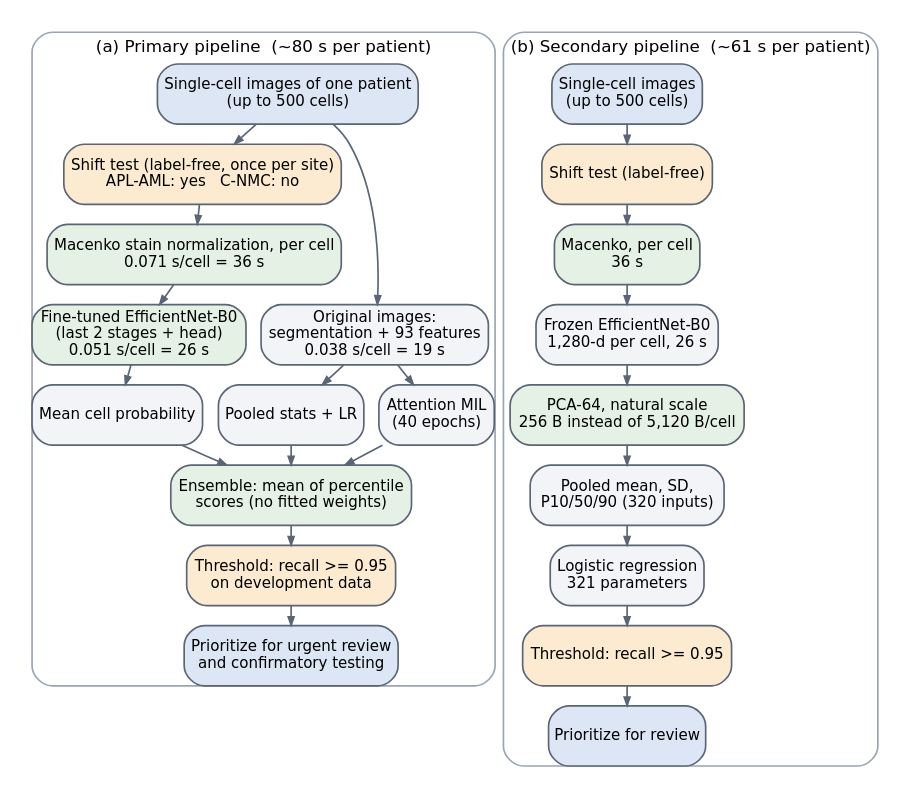
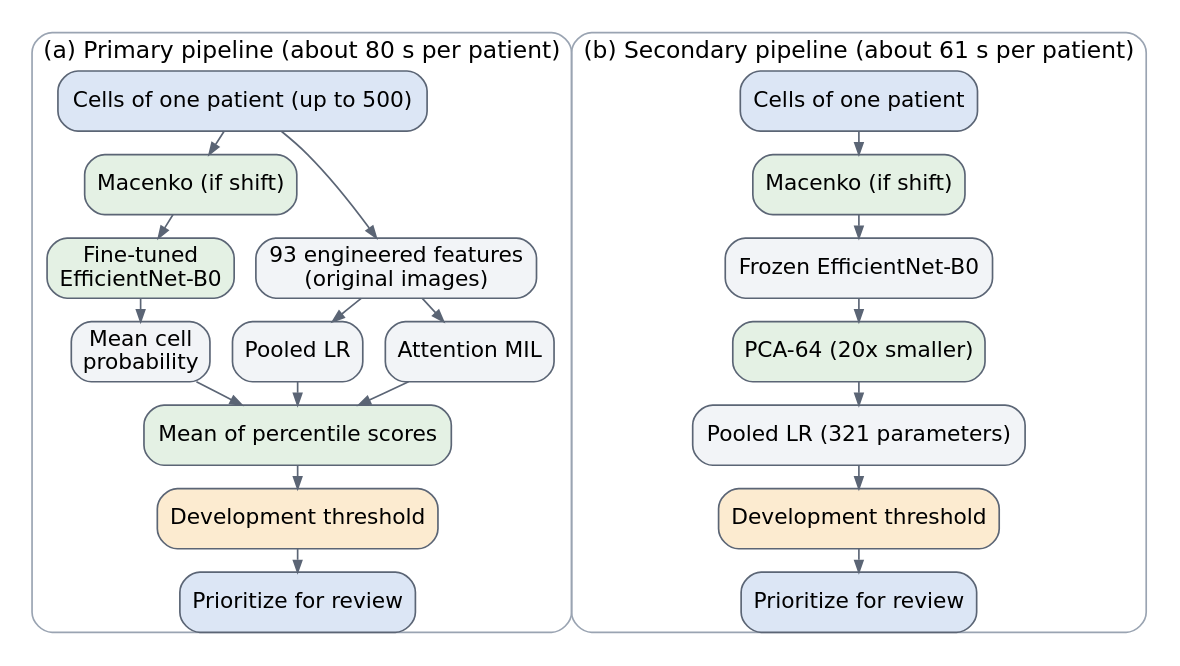
Before and after one commit to Sherif-Hussein/leukemia-leakage-benchmark: the diagram in manuscript/figures/fig_pipelines.dot, drawn with Graphviz. The commit also changed 31 other files, not shown here.

```diff
--- a/manuscript/figures/fig_pipelines.dot
+++ b/manuscript/figures/fig_pipelines.dot
@@ -1,33 +1,28 @@
 digraph P {
-  graph [rankdir=TB, fontname="DejaVu Sans", fontsize=9, nodesep=0.12, ranksep=0.16, margin=0.02, newrank=true];
-  node  [shape=box, style="rounded,filled", fillcolor="#F2F4F7", color="#5B6575", fontname="DejaVu Sans", fontsize=9, margin="0.06,0.03"];
-  edge  [color="#5B6575", arrowsize=0.5];
-  subgraph cluster_p { label="(a) Primary pipeline  (~80 s per patient)"; fontsize=10; style="rounded"; color="#9AA4B2";
-    in   [label="Single-cell images of one patient\n(up to 500 cells)", fillcolor="#DCE6F5"];
-    shift[label="Shift test (label-free, once per site)\nAPL-AML: yes   C-NMC: no", fillcolor="#FCEBD0"];
-    mac  [label="Macenko stain normalization, per cell\n0.071 s/cell = 36 s", fillcolor="#E4F1E4"];
-    ft   [label="Fine-tuned EfficientNet-B0\n(last 2 stages + head)\n0.051 s/cell = 26 s", fillcolor="#E4F1E4"];
-    mp   [label="Mean cell probability"];
-    seg  [label="Original images:\nsegmentation + 93 features\n0.038 s/cell = 19 s"];
-    pool [label="Pooled stats + LR"];
-    mil  [label="Attention MIL\n(40 epochs)"];
-    ens  [label="Ensemble: mean of percentile\nscores (no fitted weights)", fillcolor="#E4F1E4"];
-    thr  [label="Threshold: recall >= 0.95\non development data", fillcolor="#FCEBD0"];
-    out  [label="Prioritize for urgent review\nand confirmatory testing", fillcolor="#DCE6F5"];
-    in -> shift -> mac -> ft -> mp -> ens;
-    in -> seg; seg -> pool -> ens; seg -> mil -> ens;
-    ens -> thr -> out;
+  graph [rankdir=TB, fontname="DejaVu Sans", nodesep=0.18, ranksep=0.2, margin=0.02, newrank=true];
+  node  [shape=box, style="rounded,filled", fillcolor="#F2F4F7", color="#5B6575", fontname="DejaVu Sans", fontsize=13, margin="0.08,0.04"];
+  edge  [color="#5B6575", arrowsize=0.7];
+  subgraph cluster_p { label="(a) Primary pipeline (about 80 s per patient)"; fontsize=14; style="rounded"; color="#9AA4B2";
+    in   [label="Cells of one patient (up to 500)", fillcolor="#DCE6F5"];
+    mac  [label="Macenko (if shift)", fillcolor="#E4F1E4"];
+    ft   [label="Fine-tuned\nEfficientNet-B0", fillcolor="#E4F1E4"];
+    mp   [label="Mean cell\nprobability"];
+    seg  [label="93 engineered features\n(original images)"];
+    pool [label="Pooled LR"];
+    mil  [label="Attention MIL"];
+    ens  [label="Mean of percentile scores", fillcolor="#E4F1E4"];
+    thr  [label="Development threshold", fillcolor="#FCEBD0"];
+    out  [label="Prioritize for review", fillcolor="#DCE6F5"];
+    in -> mac -> ft -> mp -> ens; in -> seg; seg -> pool -> ens; seg -> mil -> ens; ens -> thr -> out;
   }
-  subgraph cluster_s { label="(b) Secondary pipeline  (~61 s per patient)"; fontsize=10; style="rounded"; color="#9AA4B2";
-    in2   [label="Single-cell images\n(up to 500 cells)", fillcolor="#DCE6F5"];
-    shift2[label="Shift test (label-free)", fillcolor="#FCEBD0"];
-    mac2  [label="Macenko, per cell\n36 s", fillcolor="#E4F1E4"];
-    cnn2  [label="Frozen EfficientNet-B0\n1,280-d per cell, 26 s"];
-    pca2  [label="PCA-64, natural scale\n256 B instead of 5,120 B/cell", fillcolor="#E4F1E4"];
-    pool2 [label="Pooled mean, SD,\nP10/50/90 (320 inputs)"];
-    lr2   [label="Logistic regression\n321 parameters"];
-    thr2  [label="Threshold: recall >= 0.95", fillcolor="#FCEBD0"];
-    out2  [label="Prioritize for review", fillcolor="#DCE6F5"];
-    in2 -> shift2 -> mac2 -> cnn2 -> pca2 -> pool2 -> lr2 -> thr2 -> out2;
+  subgraph cluster_s { label="(b) Secondary pipeline (about 61 s per patient)"; fontsize=14; style="rounded"; color="#9AA4B2";
+    in2  [label="Cells of one patient", fillcolor="#DCE6F5"];
+    mac2 [label="Macenko (if shift)", fillcolor="#E4F1E4"];
+    cnn2 [label="Frozen EfficientNet-B0"];
+    pca2 [label="PCA-64 (20x smaller)", fillcolor="#E4F1E4"];
+    lr2  [label="Pooled LR (321 parameters)"];
+    thr2 [label="Development threshold", fillcolor="#FCEBD0"];
+    out2 [label="Prioritize for review", fillcolor="#DCE6F5"];
+    in2 -> mac2 -> cnn2 -> pca2 -> lr2 -> thr2 -> out2;
   }
 }
```
